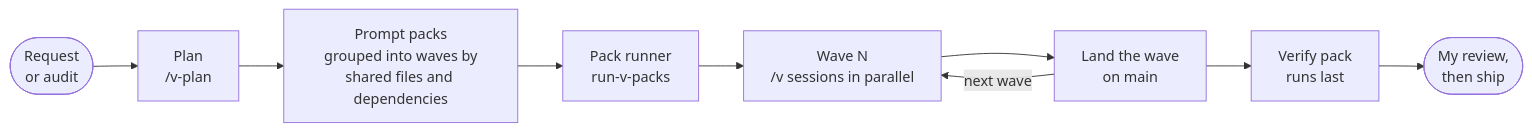
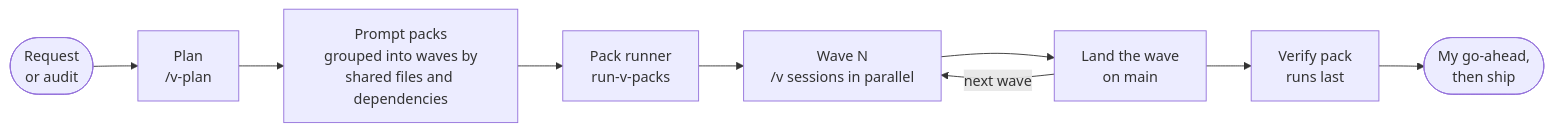
The first of 4 diagrams in README.md (heat23/agentic-software-delivery), drawn with Mermaid before and after one commit. The commit also changed other lines of this file and 2 other files, not shown here.

````diff
--- a/README.md
+++ b/README.md
@@ -218,11 +218,11 @@
 ```mermaid
 flowchart LR
     REQ(["Request<br/>or audit"]) --> PLAN["Plan<br/>/v-plan"]
     PLAN --> PACKS["Prompt packs<br/>grouped into waves by<br/>shared files and dependencies"]
     PACKS --> RUN["Pack runner<br/>run-v-packs"]
     RUN --> W["Wave N<br/>/v sessions in parallel"]
     W --> LAND["Land the wave<br/>on main"]
     LAND -->|"next wave"| W
     LAND --> VER["Verify pack<br/>runs last"]
-    VER --> ME(["My review,<br/>then ship"])
+    VER --> ME(["My go-ahead,<br/>then ship"])
 ```
````
